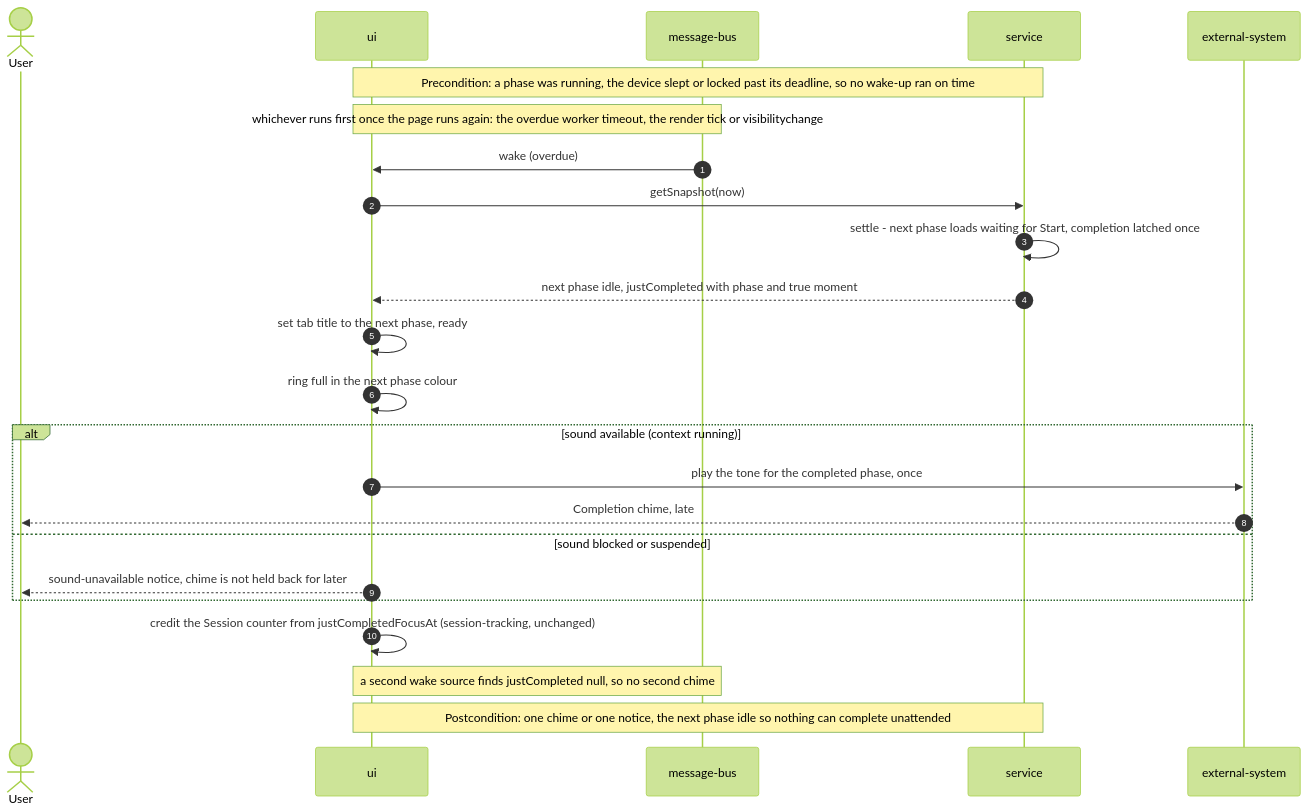
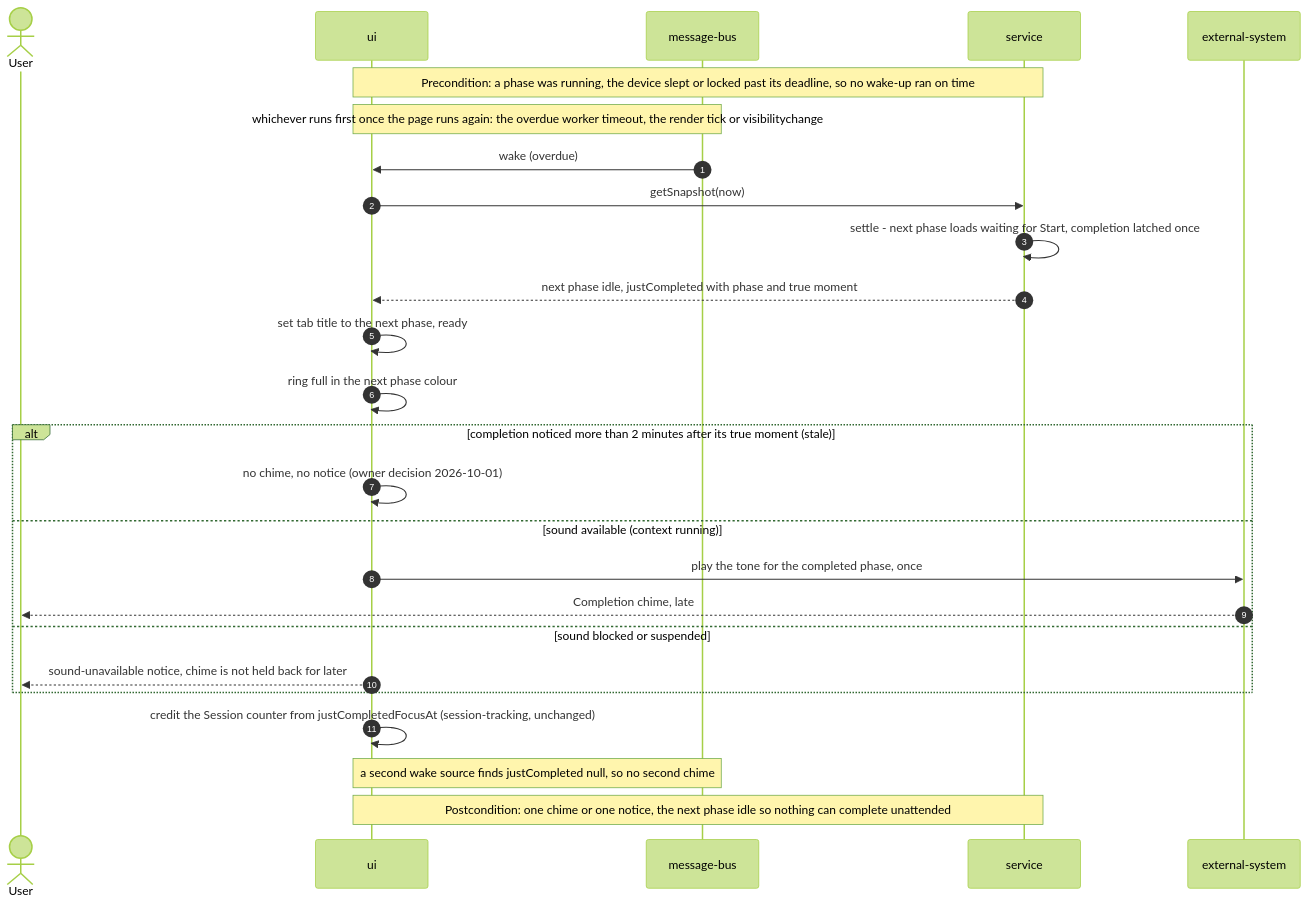
One commit to skush/pomodoro changed the fifth of 7 diagrams in docs/features/sensory-feedback/sad.md. Above: the diagram before and after it, drawn with Mermaid (forest theme). The commit also changed other lines of this file and 16 other files, not shown here.

First line of the commit message:
feat(break-flow): no chime for a completion noticed more than 2 minutes late

````diff
--- a/docs/features/sensory-feedback/sad.md
+++ b/docs/features/sensory-feedback/sad.md
@@ -372,27 +372,29 @@
 ```mermaid
 sequenceDiagram
     autonumber
     actor User
     participant UI as ui
     participant Worker as message-bus
     participant Engine as service
     participant Audio as external-system
 
     Note over UI,Engine: Precondition: a phase was running, the device slept or locked past its deadline, so no wake-up ran on time
     Note over UI,Worker: whichever runs first once the page runs again: the overdue worker timeout, the render tick or visibilitychange
     Worker->>UI: wake (overdue)
     UI->>Engine: getSnapshot(now)
     Engine->>Engine: settle - next phase loads waiting for Start, completion latched once
     Engine-->>UI: next phase idle, justCompleted with phase and true moment
     UI->>UI: set tab title to the next phase, ready
     UI->>UI: ring full in the next phase colour
-    alt sound available (context running)
+    alt completion noticed more than 2 minutes after its true moment (stale)
+        UI->>UI: no chime, no notice (owner decision 2026-10-01)
+    else sound available (context running)
         UI->>Audio: play the tone for the completed phase, once
         Audio-->>User: Completion chime, late
     else sound blocked or suspended
         UI-->>User: sound-unavailable notice, chime is not held back for later
     end
     UI->>UI: credit the Session counter from justCompletedFocusAt (session-tracking, unchanged)
     Note over UI,Worker: a second wake source finds justCompleted null, so no second chime
     Note over UI,Engine: Postcondition: one chime or one notice, the next phase idle so nothing can complete unattended
 ```
````
